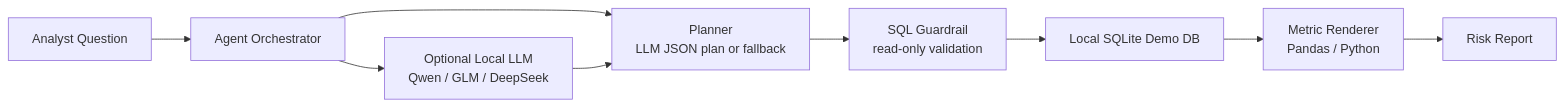
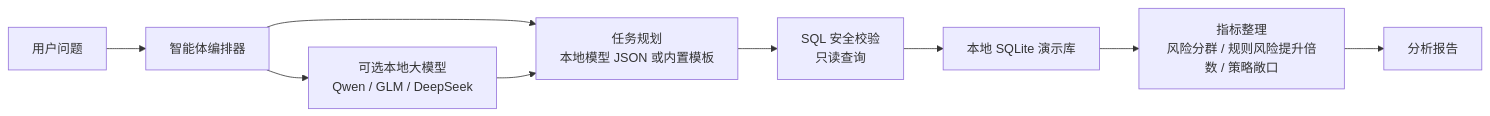
Before and after one commit to GokuuQ/finrisk-agent-cn-demo: the diagram in README.md, drawn with Mermaid. The commit also changed other lines of this file and 8 other files, not shown here.

````diff
--- a/README.md
+++ b/README.md
@@ -37,11 +32,11 @@
 ```mermaid
 flowchart LR
-    User["Analyst Question"] --> Agent["Agent Orchestrator"]
-    Agent --> Planner["Planner<br/>LLM JSON plan or fallback"]
-    Planner --> Guard["SQL Guardrail<br/>read-only validation"]
-    Guard --> DB["Local SQLite Demo DB"]
-    DB --> Validator["Metric Renderer<br/>Pandas / Python"]
-    Validator --> Report["Risk Report"]
-    Agent --> LLM["Optional Local LLM<br/>Qwen / GLM / DeepSeek"]
+    User["用户问题"] --> Agent["智能体编排器"]
+    Agent --> Planner["任务规划<br/>本地模型 JSON 或内置模板"]
+    Planner --> Guard["SQL 安全校验<br/>只读查询"]
+    Guard --> DB["本地 SQLite 演示库"]
+    DB --> Metrics["指标整理<br/>风险分群 / 规则风险提升倍数 / 策略敞口"]
+    Metrics --> Report["分析报告"]
+    Agent --> LLM["可选本地大模型<br/>Qwen / GLM / DeepSeek"]
     LLM --> Planner
 ```
````
